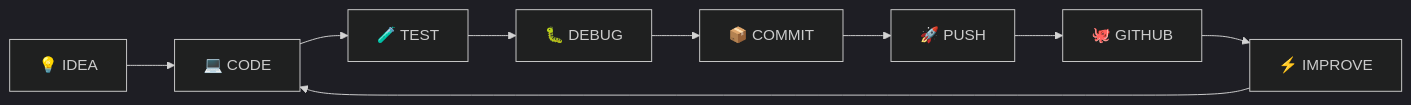
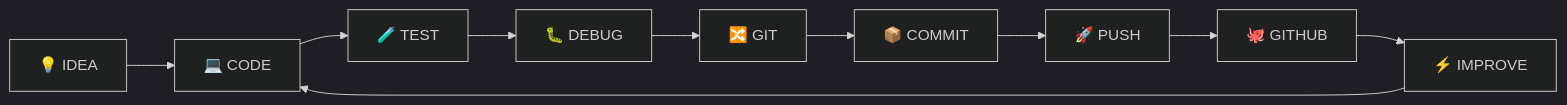
Before and after one commit to Ahamed369/HealthForge-Fitness-Web-Application: the ninth of 10 diagrams in README.md, drawn with Mermaid (dark theme). The commit also changed other lines of this file, not shown here.

````diff
--- a/README.md
+++ b/README.md
@@ -743,14 +971,23 @@
 ```mermaid
 flowchart LR
 
     IDEA["💡 IDEA"]
     CODE["💻 CODE"]
     TEST["🧪 TEST"]
     DEBUG["🐛 DEBUG"]
+    GIT["🔀 GIT"]
     COMMIT["📦 COMMIT"]
     PUSH["🚀 PUSH"]
     GITHUB["🐙 GITHUB"]
     IMPROVE["⚡ IMPROVE"]
 
-    IDEA --> CODE --> TEST --> DEBUG --> COMMIT --> PUSH --> GITHUB --> IMPROVE --> CODE
+    IDEA --> CODE
+    CODE --> TEST
+    TEST --> DEBUG
+    DEBUG --> GIT
+    GIT --> COMMIT
+    COMMIT --> PUSH
+    PUSH --> GITHUB
+    GITHUB --> IMPROVE
+    IMPROVE --> CODE
 ```
````
